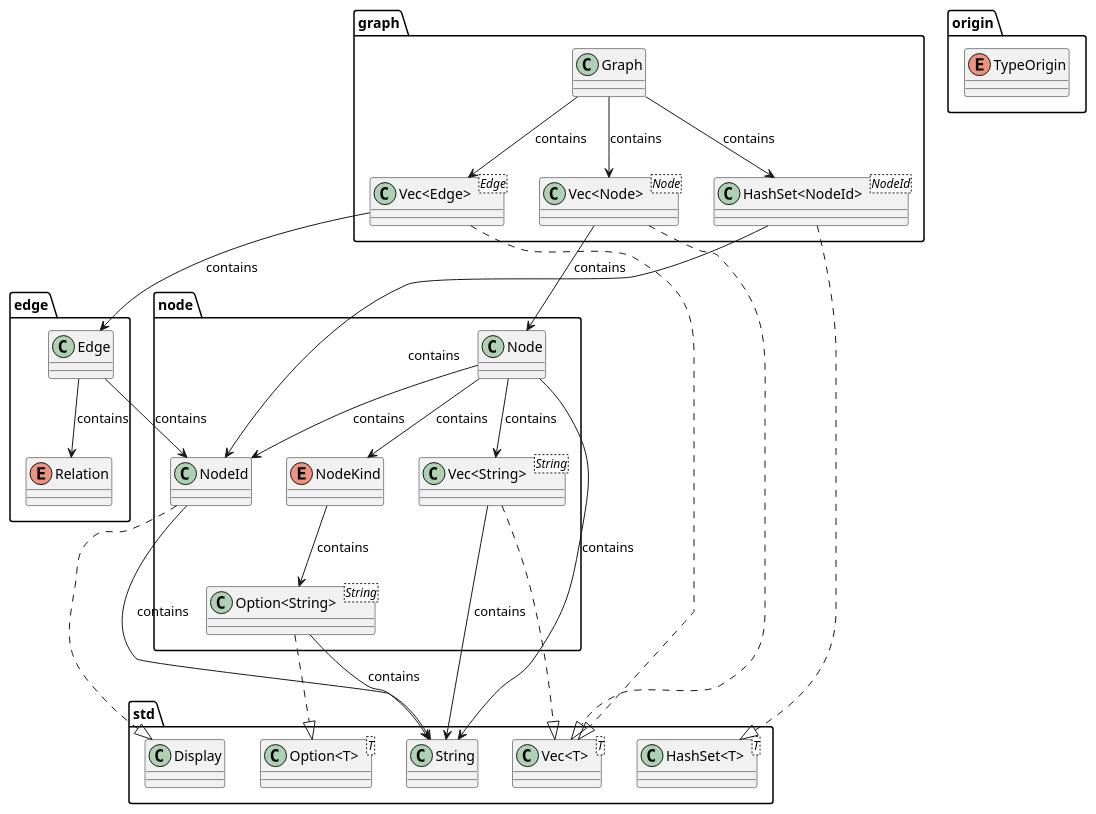
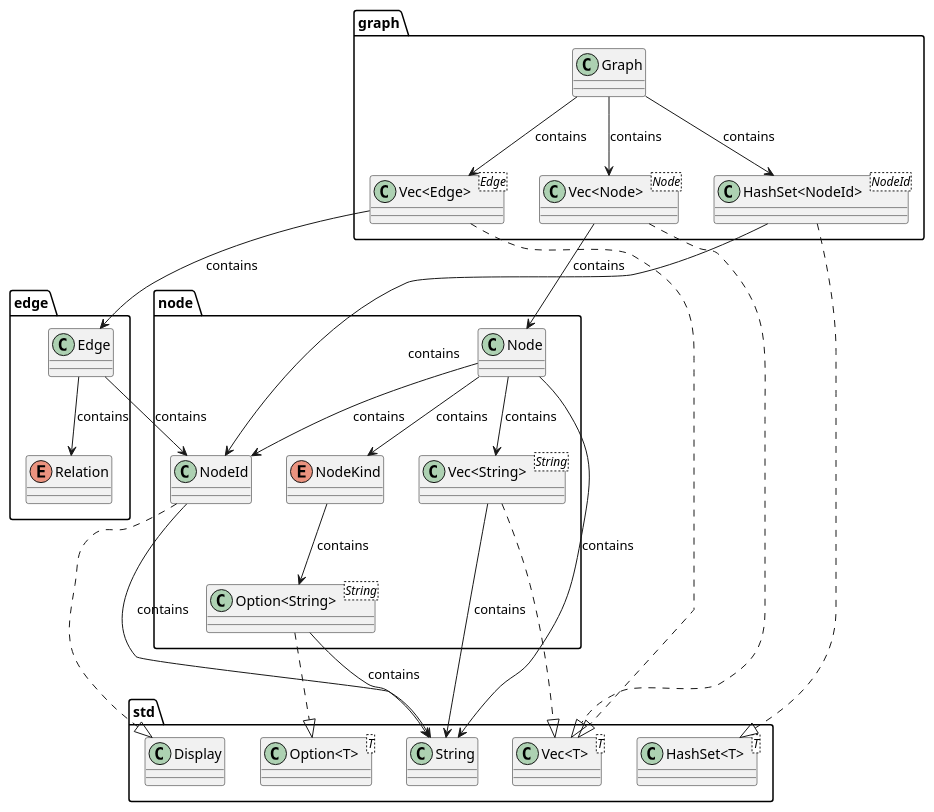
One commit to ch-r-k/archviz changed the diagram in docs/diagrams/model.puml. Above: the diagram before and after it, drawn with PlantUML. The commit also changed 13 other files, not shown here.

```diff
--- a/docs/diagrams/model.puml
+++ b/docs/diagrams/model.puml
@@ -1,59 +1,55 @@
 @startuml
 
 package "edge" {
 enum "Relation" as edge__Relation
 class "Edge" as edge__Edge
 }
 
 package "graph" {
 class "Graph" as graph__Graph
 class "Vec<Node>" <Node>
 class "Vec<Edge>" <Edge>
 class "HashSet<NodeId>" <NodeId>
 }
 
 package "node" {
 class "NodeId" as node__NodeId
 enum "NodeKind" as node__NodeKind
 class "Option<String>" <String>
 class "Node" as node__Node
 class "Vec<String>" <String>
-}
-
-package "origin" {
-enum "TypeOrigin" as origin__TypeOrigin
 }
 
 package "std" {
 class "Option<T>" <T>
 class "Vec<T>" <T>
 class "HashSet<T>" <T>
 class String
 class Display
 }
 
 
 edge__Edge --> node__NodeId : contains
 edge__Edge --> edge__Relation : contains
 node__NodeId --> String : contains
 node__NodeId ..|> Display
 node__NodeKind --> "Option<String>" : contains
 "Option<String>" ..|> "Option<T>"
 "Option<String>" --> String : contains
 node__Node --> node__NodeId : contains
 node__Node --> String : contains
 node__Node --> node__NodeKind : contains
 node__Node --> "Vec<String>" : contains
 "Vec<String>" ..|> "Vec<T>"
 "Vec<String>" --> String : contains
 graph__Graph --> "Vec<Node>" : contains
 "Vec<Node>" ..|> "Vec<T>"
 "Vec<Node>" --> node__Node : contains
 graph__Graph --> "Vec<Edge>" : contains
 "Vec<Edge>" ..|> "Vec<T>"
 "Vec<Edge>" --> edge__Edge : contains
 graph__Graph --> "HashSet<NodeId>" : contains
 "HashSet<NodeId>" ..|> "HashSet<T>"
 "HashSet<NodeId>" --> node__NodeId : contains
 
 @enduml
```
